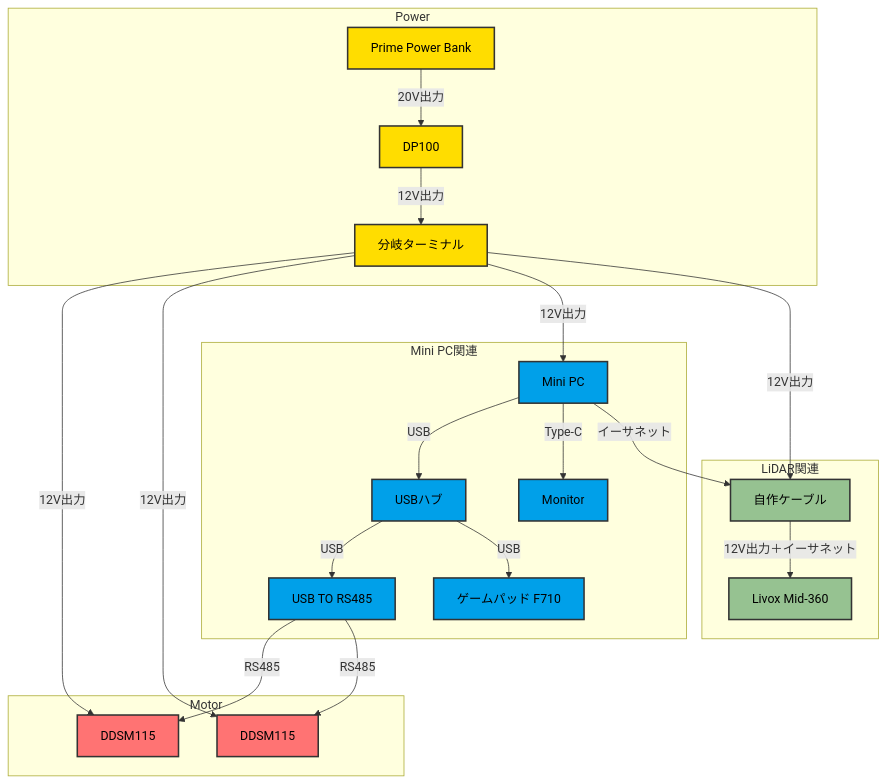
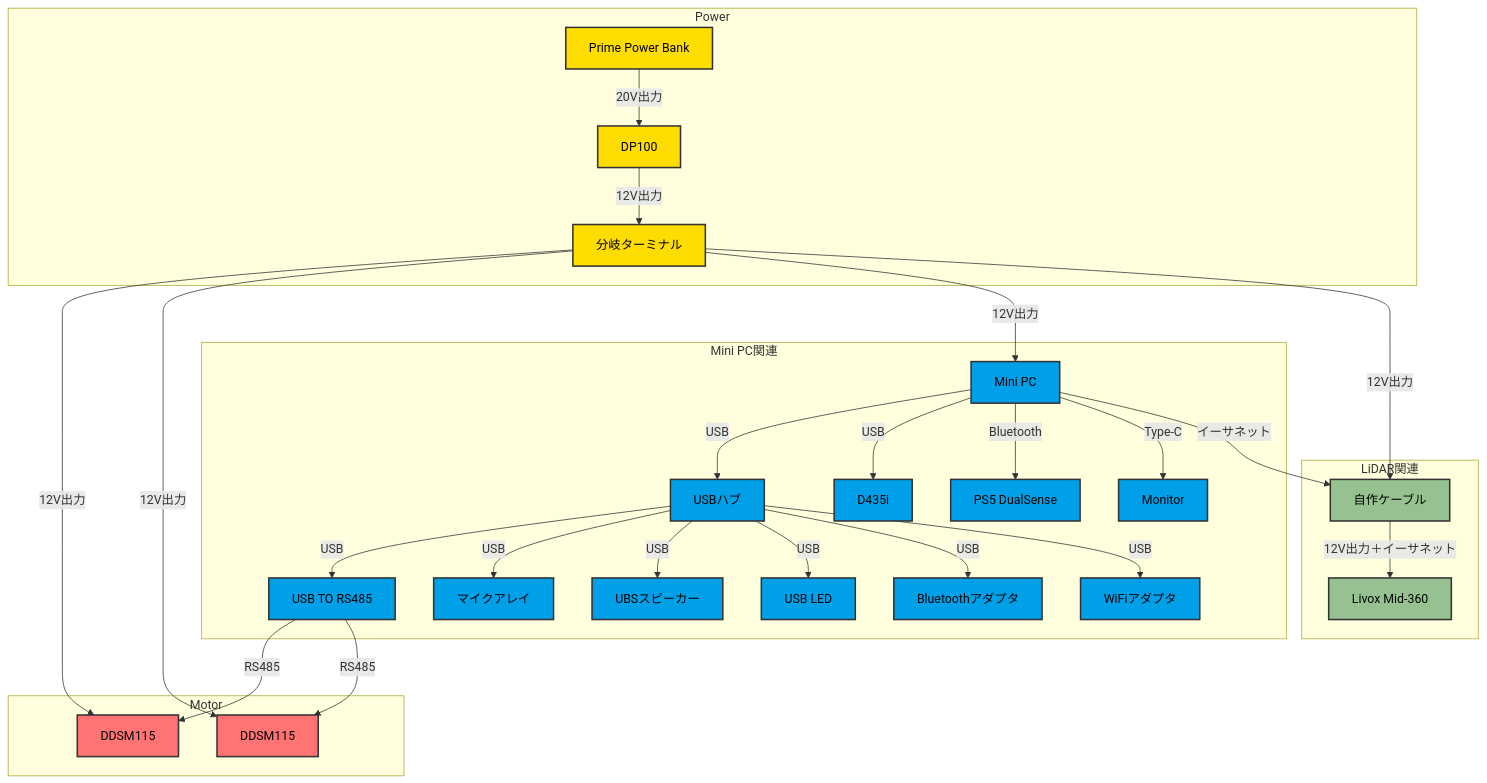
One commit to sato-susumu/susumu_robo changed the diagram in README.md. Above: the diagram before and after it, drawn with Mermaid. The commit also changed other lines of this file, not shown here.

````diff
--- a/README.md
+++ b/README.md
@@ -57,59 +64,73 @@
 ```mermaid
 flowchart TB
     %% 電源供給ライン
     subgraph Power["Power"]
         A[Prime Power Bank]
         B[DP100]
         C[分岐ターミナル]
     end
 
     subgraph Motor["Motor"]
         D[DDSM115]
         E[DDSM115]
     end
 
     subgraph MiniPC["Mini PC関連"]
         F[Mini PC]
         K[USBハブ]
         H[USB TO RS485]
-        L[ゲームパッド F710]
+        L[PS5 DualSense]
         I[Monitor]
+        M[マイクアレイ]
+        N[UBSスピーカー]
+        O[USB LED]
+        P[Bluetoothアダプタ]
+        Q[WiFiアダプタ]
+        R[D435i]
     end
 
     subgraph LiDAR["LiDAR関連"]
         G[Livox Mid-360]
         J[自作ケーブル]
     end
 
     %% 電源供給ライン
     A -->|20V出力| B
     B -->|12V出力| C
     C -->|12V出力| D
     C -->|12V出力| E
     C -->|12V出力| F
     C -->|12V出力| J
 
     %% Mini PCとの接続
     F -->|USB| K
-    K -->|USB| H
+    F -->|USB| R
     H -->|RS485| D
     H -->|RS485| E
-    K -->|USB| L
+    F -->|Bluetooth| L
     F -->|Type-C| I
     F -->|イーサネット| J
+
+    %% USB Hubとの接続
+    K -->|USB| H
+    K -->|USB| M
+    K -->|USB| N
+    K -->|USB| O
+    K -->|USB| P
+    K -->|USB| Q
 
     %% 自作ケーブルライン
     J -->|12V出力＋イーサネット| G
 
     %% クラス定義 (色分け)
     classDef power fill:#FFDD00,stroke:#333,stroke-width:2px,color:#000;     
     classDef motor fill:#FF7373,stroke:#333,stroke-width:2px,color:#000;     
     classDef miniPC fill:#00A0E9,stroke:#333,stroke-width:2px,color:#000;   
     classDef lidar fill:#96C291,stroke:#333,stroke-width:2px,color:#000;     
 
     %% クラス適用
     class A,B,C power;
     class D,E motor;
-    class F,K,H,L,I miniPC;
+    class F,K,H,L,I,M,N,O,P,Q,R miniPC;
     class G,J lidar;
 ```
````
